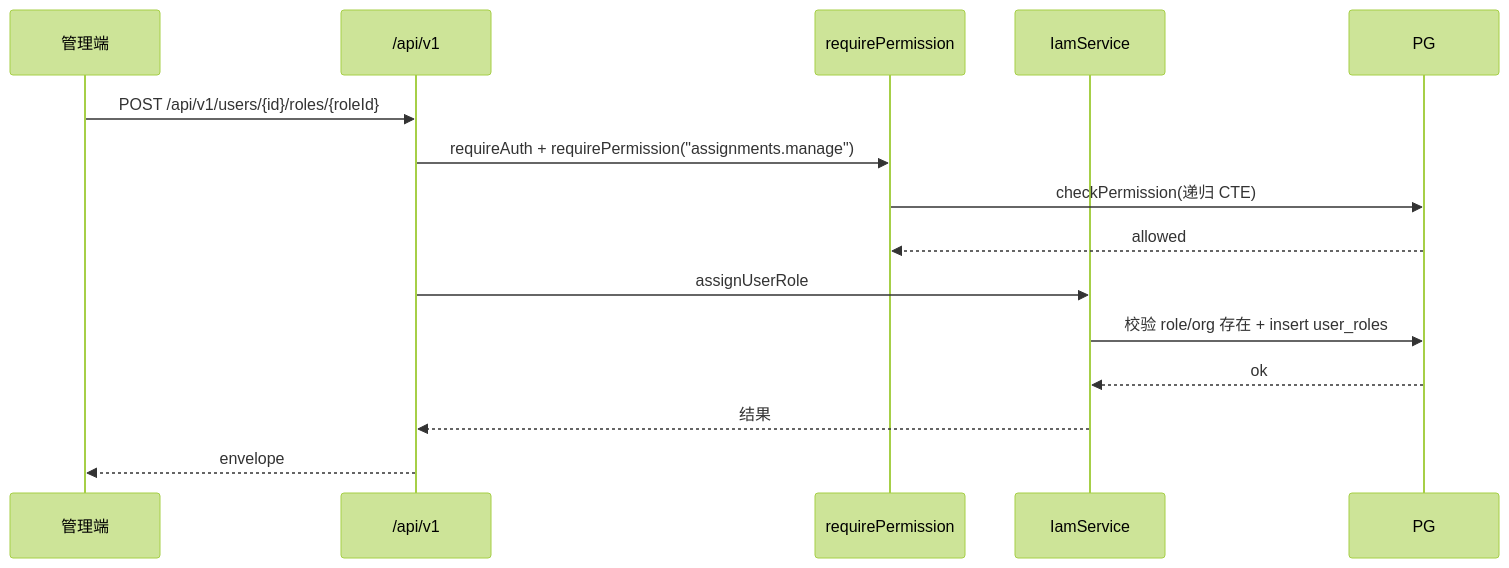
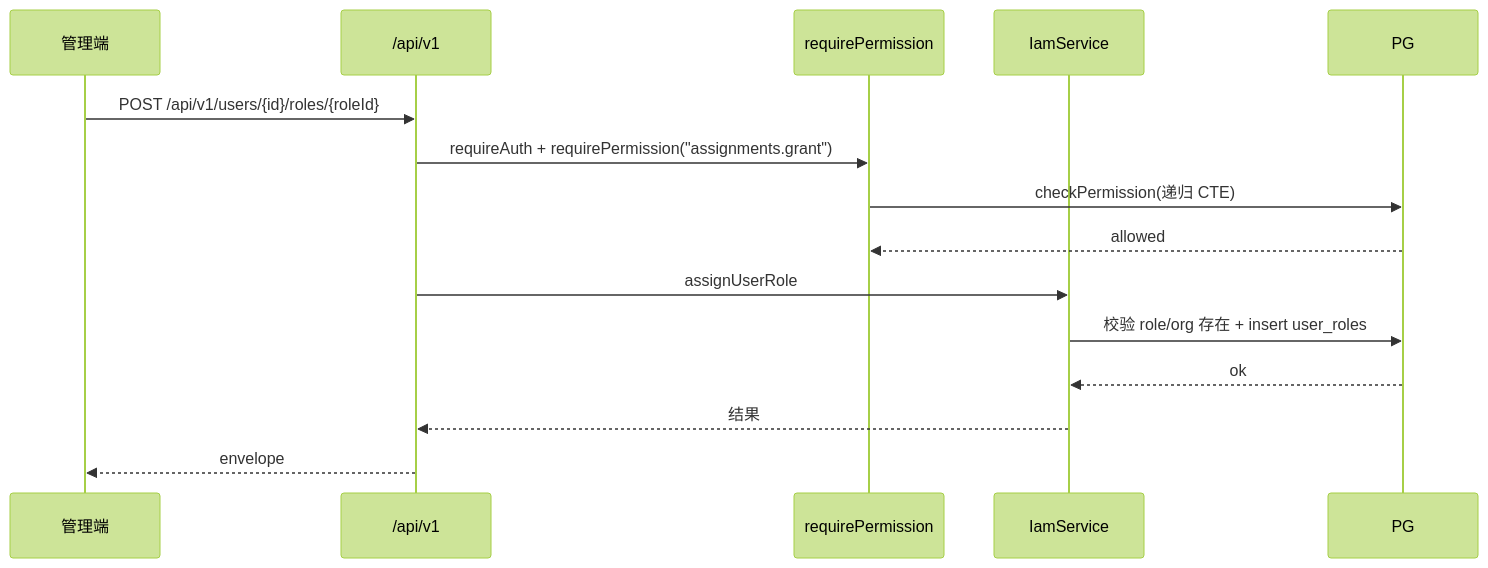
Before and after one commit to zzwtsy/hono-openapi-starter: the diagram in docs/features/backend/iam.md, drawn with Mermaid (forest theme). The commit also changed other lines of this file and 34 other files, not shown here.

````diff
--- a/docs/features/backend/iam.md
+++ b/docs/features/backend/iam.md
@@ -127,18 +137,18 @@
 ```mermaid
 sequenceDiagram
   participant Client as 管理端
   participant API as /api/v1
   participant Auth as requirePermission
   participant Service as IamService
   participant DB as PG
 
   Client->>API: POST /api/v1/users/{id}/roles/{roleId}
-  API->>Auth: requireAuth + requirePermission("assignments.manage")
+  API->>Auth: requireAuth + requirePermission("assignments.grant")
   Auth->>DB: checkPermission(递归 CTE)
   DB-->>Auth: allowed
   API->>Service: assignUserRole
   Service->>DB: 校验 role/org 存在 + insert user_roles
   DB-->>Service: ok
   Service-->>API: 结果
   API-->>Client: envelope
 ```
````
